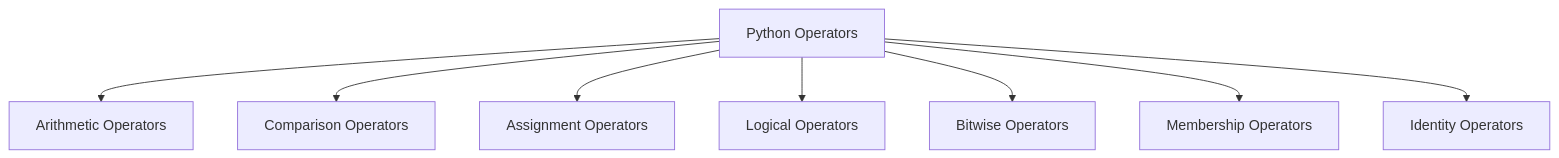
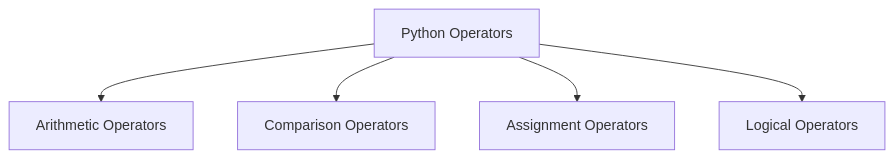
One commit to udsfgecw/website changed the ninth of 9 diagrams in src/features/notes/python-module-1/notes.md. Above: the diagram before and after it, drawn with Mermaid. The commit also changed other lines of this file and 78 other files, not shown here.

````diff
--- a/src/features/notes/python-module-1/notes.md
+++ b/src/features/notes/python-module-1/notes.md
@@ -2173,10 +1571,7 @@
 ```mermaid
 flowchart TD
 Root[Python Operators] --> A[Arithmetic Operators]
 Root --> B[Comparison Operators]
 Root --> C[Assignment Operators]
 Root --> D[Logical Operators]
-Root --> E[Bitwise Operators]
-Root --> F[Membership Operators]
-Root --> G[Identity Operators]
 ```
````
